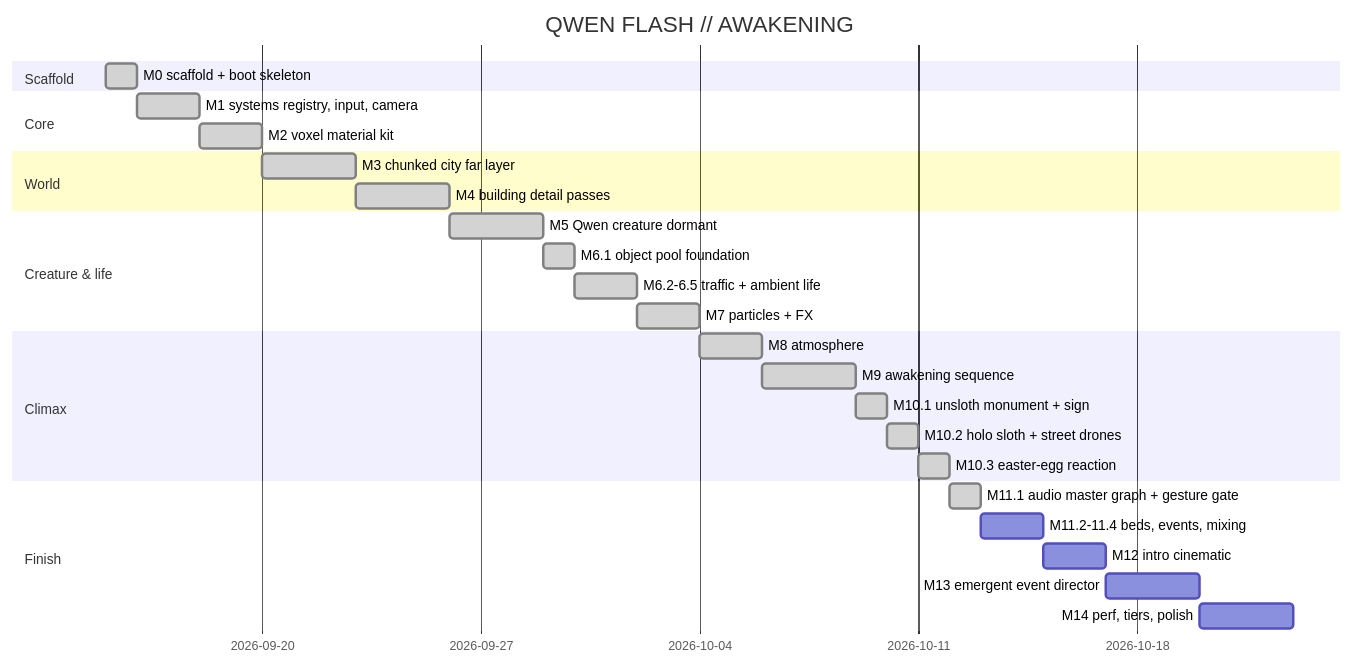
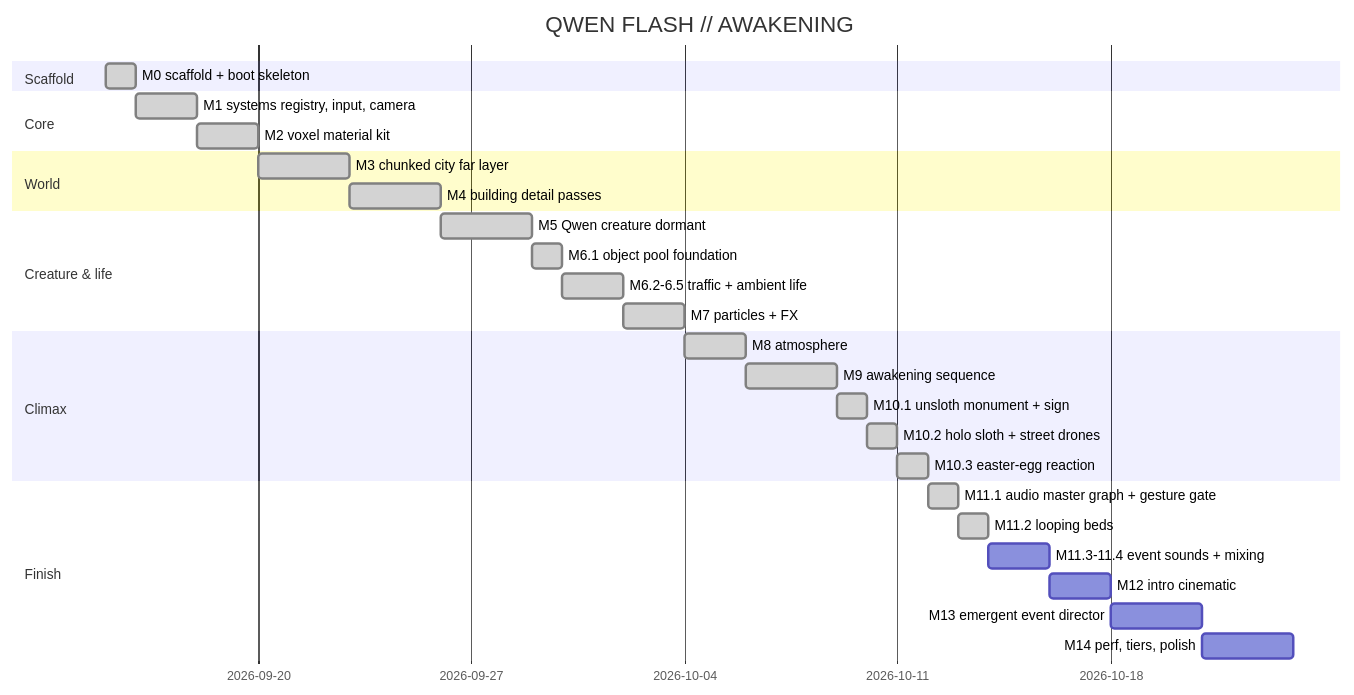
One commit to dilled/3dVoxelDemo changed the diagram in brain/roadmap.md. Above: the diagram before and after it, drawn with Mermaid. The commit also changed other lines of this file and 34 other files, not shown here.

````diff
--- a/brain/roadmap.md
+++ b/brain/roadmap.md
@@ -12,30 +12,31 @@
 ```mermaid
 gantt
   title QWEN FLASH // AWAKENING
   dateFormat YYYY-MM-DD
   section Scaffold
   M0 scaffold + boot skeleton :done, m0, 2026-09-15, 1d
   section Core
   M1 systems registry, input, camera :done, m1, after m0, 2d
   M2 voxel material kit :done, m2, after m1, 2d
   section World
   M3 chunked city far layer :done, m3, after m2, 3d
   M4 building detail passes :done, m4, after m3, 3d
   section Creature & life
   M5 Qwen creature dormant :done, m5, after m4, 3d
   M6.1 object pool foundation :done, m61, after m5, 1d
   M6.2-6.5 traffic + ambient life :done, m6, after m61, 2d
   M7 particles + FX :done, m7, after m6, 2d
   section Climax
   M8 atmosphere :done, m8, after m7, 2d
   M9 awakening sequence :done, m9, after m8, 3d
   M10.1 unsloth monument + sign :done, m101, after m9, 1d
   M10.2 holo sloth + street drones :done, m102, after m101, 1d
   M10.3 easter-egg reaction :done, m103, after m102, 1d
   section Finish
   M11.1 audio master graph + gesture gate :done, m111, after m103, 1d
-  M11.2-11.4 beds, events, mixing :m11, after m111, 2d
+  M11.2 looping beds :done, m112, after m111, 1d
+  M11.3-11.4 event sounds + mixing :m11, after m112, 2d
   M12 intro cinematic :m12, after m11, 2d
   M13 emergent event director :m13, after m12, 3d
   M14 perf, tiers, polish :m14, after m13, 3d
 ```
````
